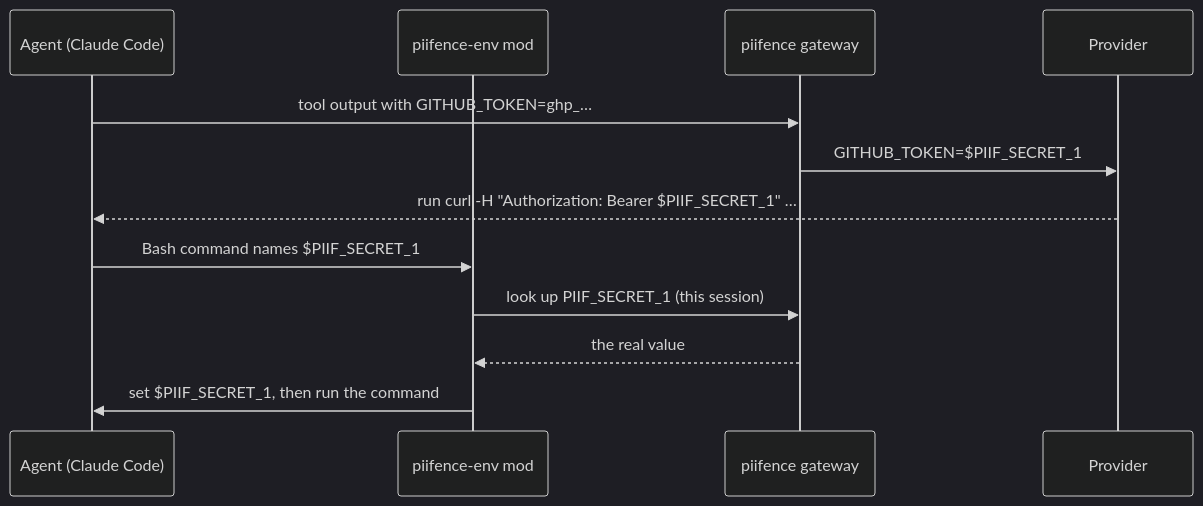
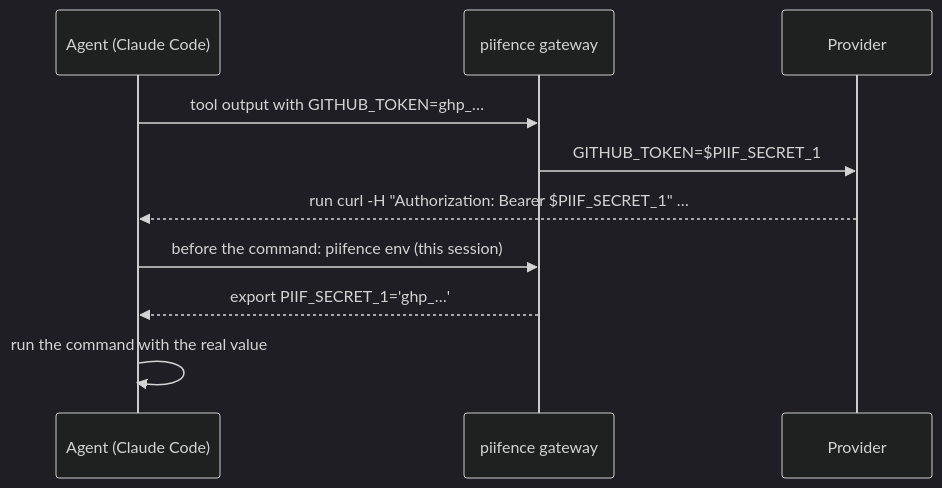
One commit to sandiiarov/piifence changed the second of 2 diagrams in README.md. Above: the diagram before and after it, drawn with Mermaid (dark theme). The commit also changed other lines of this file and 9 other files, not shown here.

First line of the commit message:
Replace the env mod with a SessionStart hook

````diff
--- a/README.md
+++ b/README.md
@@ -105,14 +106,12 @@
 ```mermaid
 sequenceDiagram
     participant A as Agent (Claude Code)
-    participant M as piifence-env mod
     participant G as piifence gateway
     participant P as Provider
     A->>G: tool output with GITHUB_TOKEN=ghp_…
     G->>P: GITHUB_TOKEN=$PIIF_SECRET_1
     P-->>A: run curl -H "Authorization: Bearer $PIIF_SECRET_1" …
-    A->>M: Bash command names $PIIF_SECRET_1
-    M->>G: look up PIIF_SECRET_1 (this session)
-    G-->>M: the real value
-    M->>A: set $PIIF_SECRET_1, then run the command
+    A->>G: before the command: piifence env (this session)
+    G-->>A: export PIIF_SECRET_1='ghp_…'
+    A->>A: run the command with the real value
 ```
````
